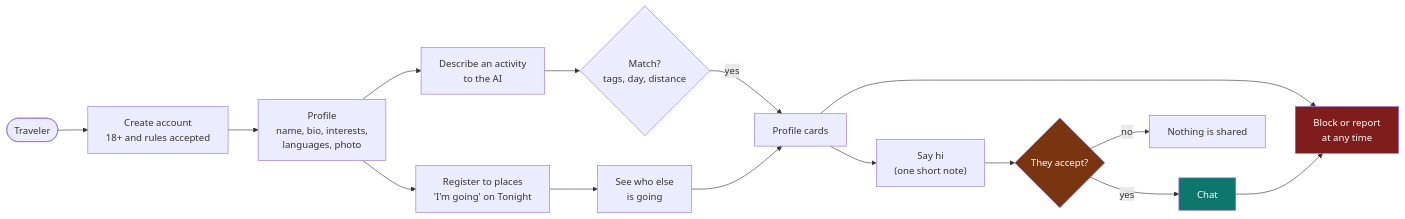
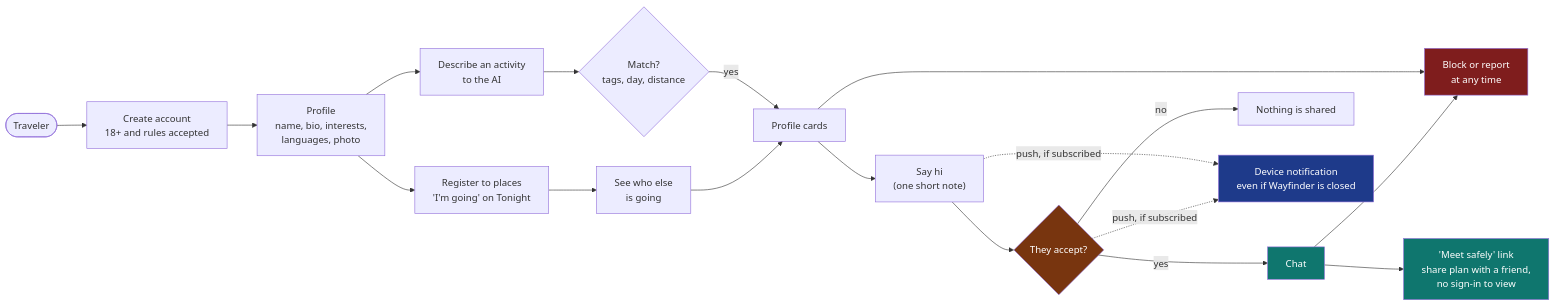
One commit to roybrand/travelAgentAI changed the diagram in docs/09-people-and-safety.md. Above: the diagram before and after it, drawn with Mermaid. The commit also changed other lines of this file and 127 other files, not shown here.

````diff
--- a/docs/09-people-and-safety.md
+++ b/docs/09-people-and-safety.md
@@ -11,21 +11,26 @@
 ```mermaid
 flowchart LR
     S(["Traveler"]) --> R["Create account<br/>18+ and rules accepted"]
     R --> P["Profile<br/>name, bio, interests,<br/>languages, photo"]
     P --> A["Register to places<br/>'I'm going' on Tonight"]
     P --> L["Describe an activity<br/>to the AI"]
     L --> M{"Match?<br/>tags, day, distance"}
     A --> W["See who else<br/>is going"]
     M -->|"yes"| C["Profile cards"]
     W --> C
     C --> H["Say hi<br/>(one short note)"]
     H --> D{"They accept?"}
     D -->|"yes"| CH["Chat"]
     D -->|"no"| X["Nothing is shared"]
     C --> B["Block or report<br/>at any time"]
     CH --> B
+    CH --> K["'Meet safely' link<br/>share plan with a friend,<br/>no sign-in to view"]
+    H -.->|"push, if subscribed"| N["Device notification<br/>even if Wayfinder is closed"]
+    D -.->|"push, if subscribed"| N
 
     style D fill:#78350f,color:#fff
     style B fill:#7f1d1d,color:#fff
     style CH fill:#0f766e,color:#fff
+    style K fill:#0f766e,color:#fff
+    style N fill:#1e3a8a,color:#fff
 ```
````
